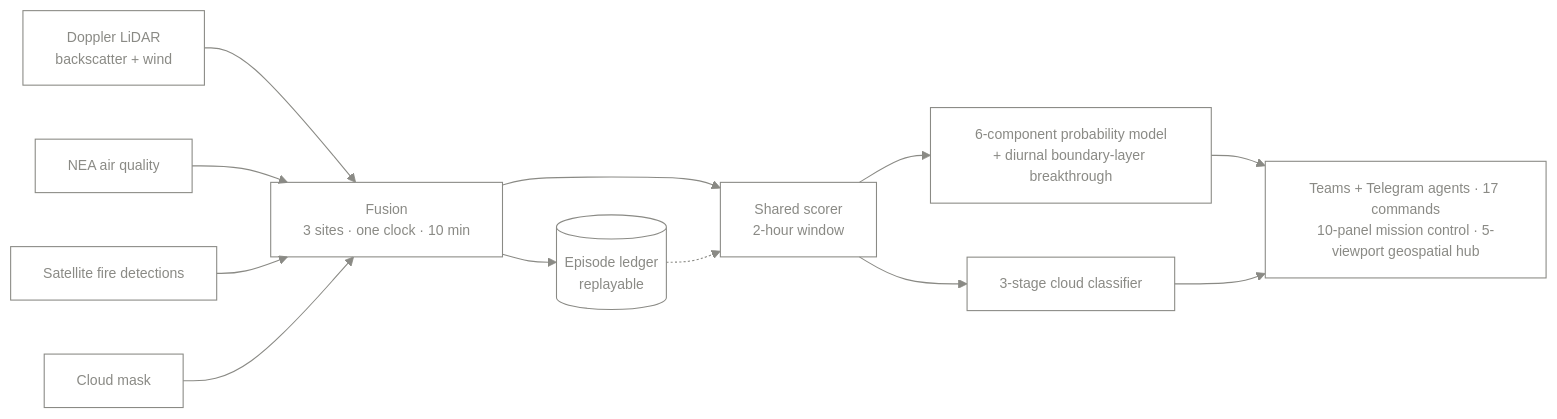
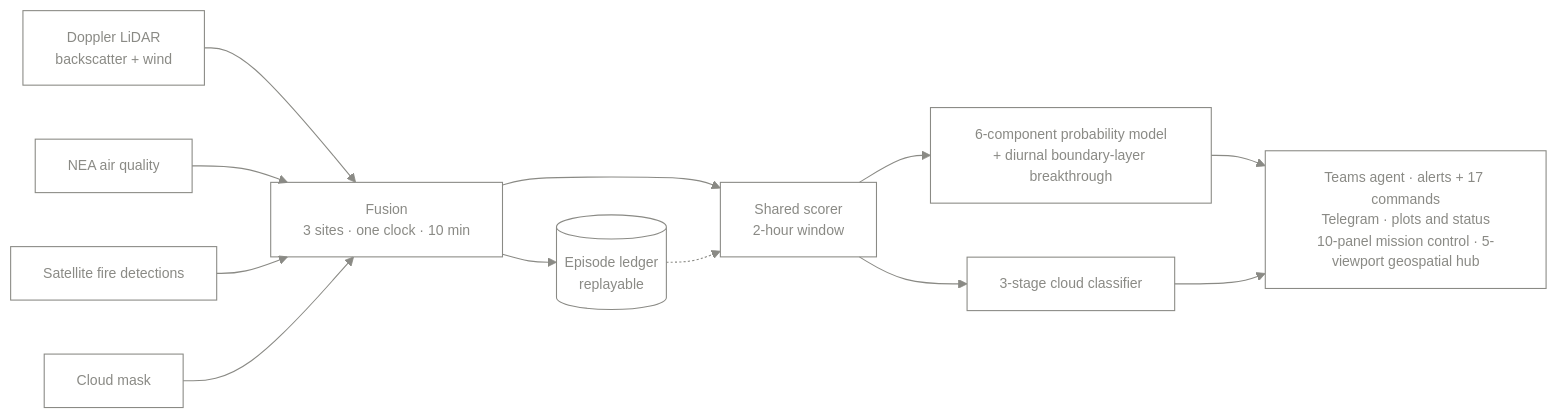
One commit to awvmeijer/3dreams-sg changed the diagram in docs/architecture.md. Above: the diagram before and after it, drawn with Mermaid. The commit also changed other lines of this file and 1 other file, not shown here.

Commit message:
README and architecture: alerts in Teams with plots in Telegram, episodes recorded and replayable, and where the extract's cloud gate differs from production

````diff
--- a/docs/architecture.md
+++ b/docs/architecture.md
@@ -5,20 +5,20 @@
 ```mermaid
 %%{init:{'theme':'base','themeVariables':{'background':'transparent','primaryColor':'transparent','secondaryColor':'transparent','tertiaryColor':'transparent','primaryBorderColor':'#8a8a85','secondaryBorderColor':'#8a8a85','primaryTextColor':'#8a8a85','secondaryTextColor':'#8a8a85','tertiaryTextColor':'#8a8a85','lineColor':'#8a8a85','fontSize':'13px'}}}%%
 flowchart LR
   L["Doppler LiDAR<br/>backscatter + wind"] --> FUSE
   AQ["NEA air quality"] --> FUSE
   FIRE["Satellite fire detections"] --> FUSE
   CLOUD["Cloud mask"] --> FUSE
 
   FUSE["Fusion<br/>3 sites · one clock · 10 min"] --> LEDGER[("Episode ledger<br/>replayable")]
   FUSE --> SCORE
 
   SCORE["Shared scorer<br/>2-hour window"] --> P["6-component probability model<br/>+ diurnal boundary-layer breakthrough"]
   SCORE --> C["3-stage cloud classifier"]
 
   P --> ACT
   C --> ACT
-  ACT["Teams + Telegram agents · 17 commands<br/>10-panel mission control · 5-viewport geospatial hub"]
+  ACT["Teams agent · alerts + 17 commands<br/>Telegram · plots and status<br/>10-panel mission control · 5-viewport geospatial hub"]
 
   LEDGER -.-> SCORE
 ```
````
